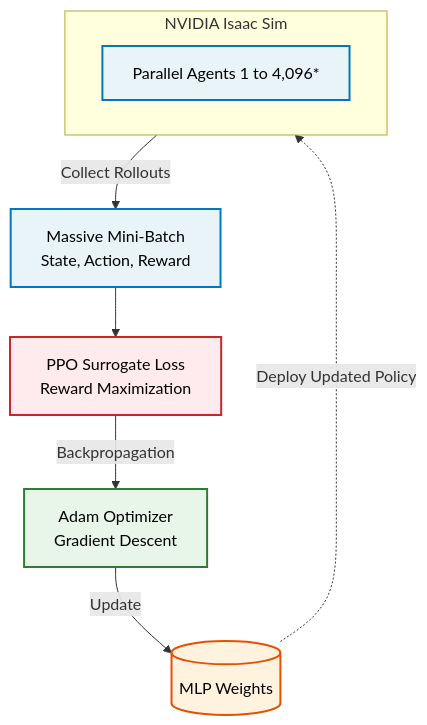
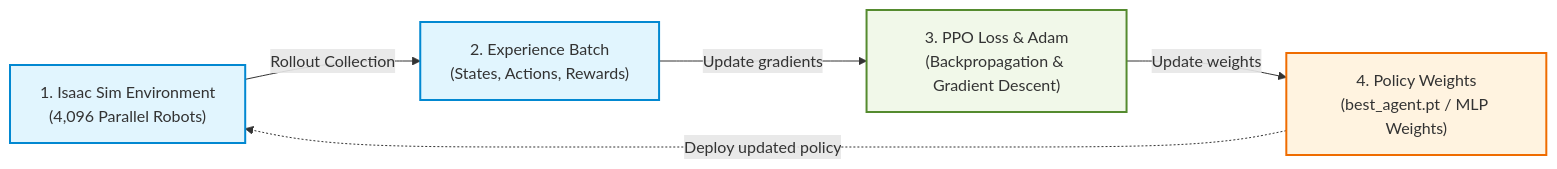
The second of 3 diagrams in README.md (Glen02lee/isaac-go2-rl-training), drawn with Mermaid before and after one commit. The commit also changed other lines of this file and 1 other file, not shown here.

Commit message:
docs: improve table column wrapping and simplify Mermaid diagrams for readability

````diff
--- a/README.md
+++ b/README.md
@@ -121,23 +116,19 @@
 ```mermaid
-flowchart TD
-    %% Styling
-    classDef env fill:#e8f4f8,stroke:#0277bd,stroke-width:2px,color:#000;
-    classDef opt fill:#e8f5e9,stroke:#2e7d32,stroke-width:2px,color:#000;
-    classDef loss fill:#ffebee,stroke:#c62828,stroke-width:2px,color:#000;
-    classDef weight fill:#fff3e0,stroke:#e65100,stroke-width:2px,color:#000;
+flowchart LR
+    %% Styles
+    classDef sim fill:#e1f5fe,stroke:#0288d1,stroke-width:2px;
+    classDef train fill:#f1f8e9,stroke:#558b2f,stroke-width:2px;
+    classDef weights fill:#fff3e0,stroke:#ef6c00,stroke-width:2px;
 
-    subgraph Isaac_Sim [NVIDIA Isaac Sim]
-        Agents[Parallel Agents 1 to 4,096*]:::env
-    end
+    %% Nodes
+    Sim["1. Isaac Sim Environment<br>(4,096 Parallel Robots)"]:::sim
+    Batch["2. Experience Batch<br>(States, Actions, Rewards)"]:::sim
+    PPO["3. PPO Loss & Adam<br>(Backpropagation & Gradient Descent)"]:::train
+    Weights["4. Policy Weights<br>(best_agent.pt / MLP Weights)"]:::weights
 
-    Batch[Massive Mini-Batch<br>State, Action, Reward]:::env
-    Loss[PPO Surrogate Loss<br>Reward Maximization]:::loss
-    Adam[Adam Optimizer<br>Gradient Descent]:::opt
-    Weights[(MLP Weights)]:::weight
-
-    Isaac_Sim -->|Collect Rollouts| Batch
-    Batch --> Loss
-    Loss -->|Backpropagation| Adam
-    Adam -->|Update| Weights
-    Weights -.->|Deploy Updated Policy| Isaac_Sim
+    %% Flow
+    Sim -->|Rollout Collection| Batch
+    Batch -->|Update gradients| PPO
+    PPO -->|Update weights| Weights
+    Weights -.->|Deploy updated policy| Sim
 ```
````
